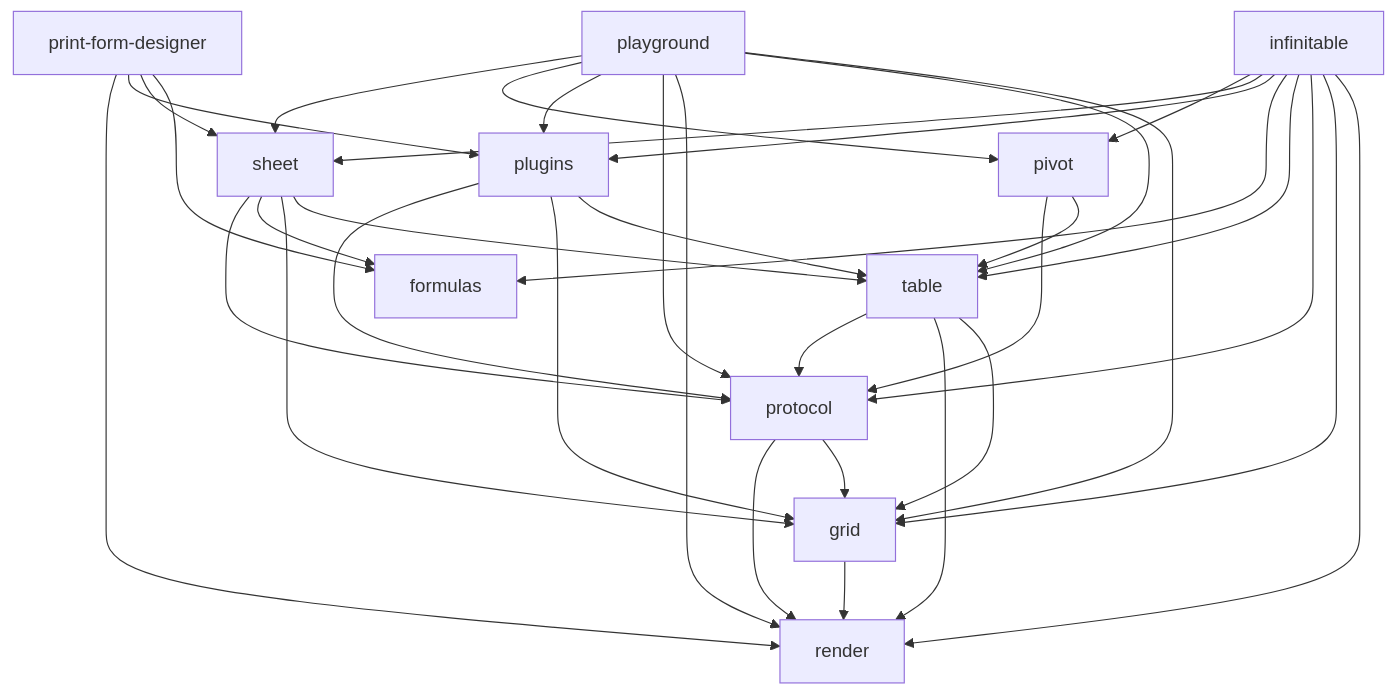
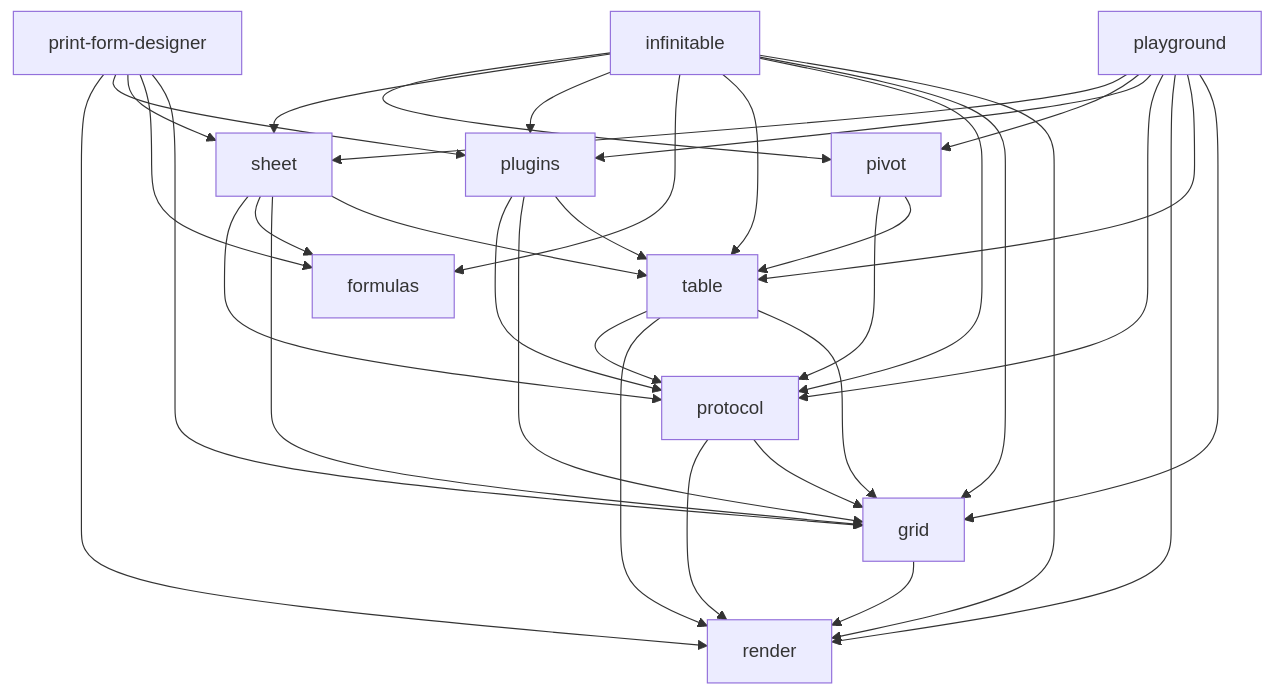
The diagram in .agents/docs/CODE-MAP.md (cabinet-fe/infinite-table), drawn with Mermaid before and after one commit. The commit also changed other lines of this file and 59 other files, not shown here.

````diff
--- a/.agents/docs/CODE-MAP.md
+++ b/.agents/docs/CODE-MAP.md
@@ -91,37 +91,38 @@
 ```mermaid
 graph TD
     grid --> render
     protocol --> grid
     protocol --> render
     table --> grid
     table --> render
     table --> protocol
     plugins --> table
     plugins --> grid
     plugins --> protocol
     pivot --> table
     pivot --> protocol
     sheet --> table
     sheet --> grid
     sheet --> formulas
     sheet --> protocol
     infinitable --> render
     infinitable --> grid
     infinitable --> protocol
     infinitable --> table
     infinitable --> formulas
     infinitable --> plugins
     infinitable --> sheet
     infinitable --> pivot
     playground --> grid
     playground --> table
     playground --> render
     playground --> protocol
     playground --> plugins
     playground --> pivot
     playground --> sheet
+    print-form-designer --> grid
     print-form-designer --> formulas
     print-form-designer --> sheet
     print-form-designer --> plugins
     print-form-designer --> render
 ```
````
